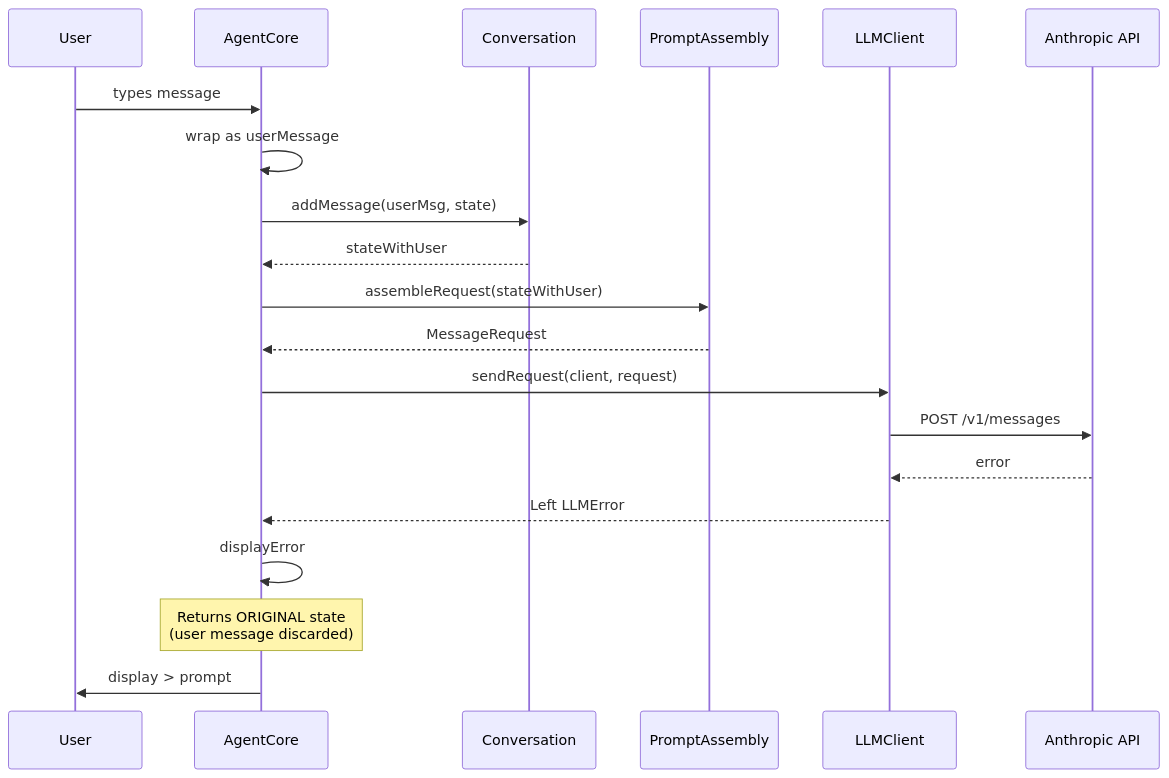
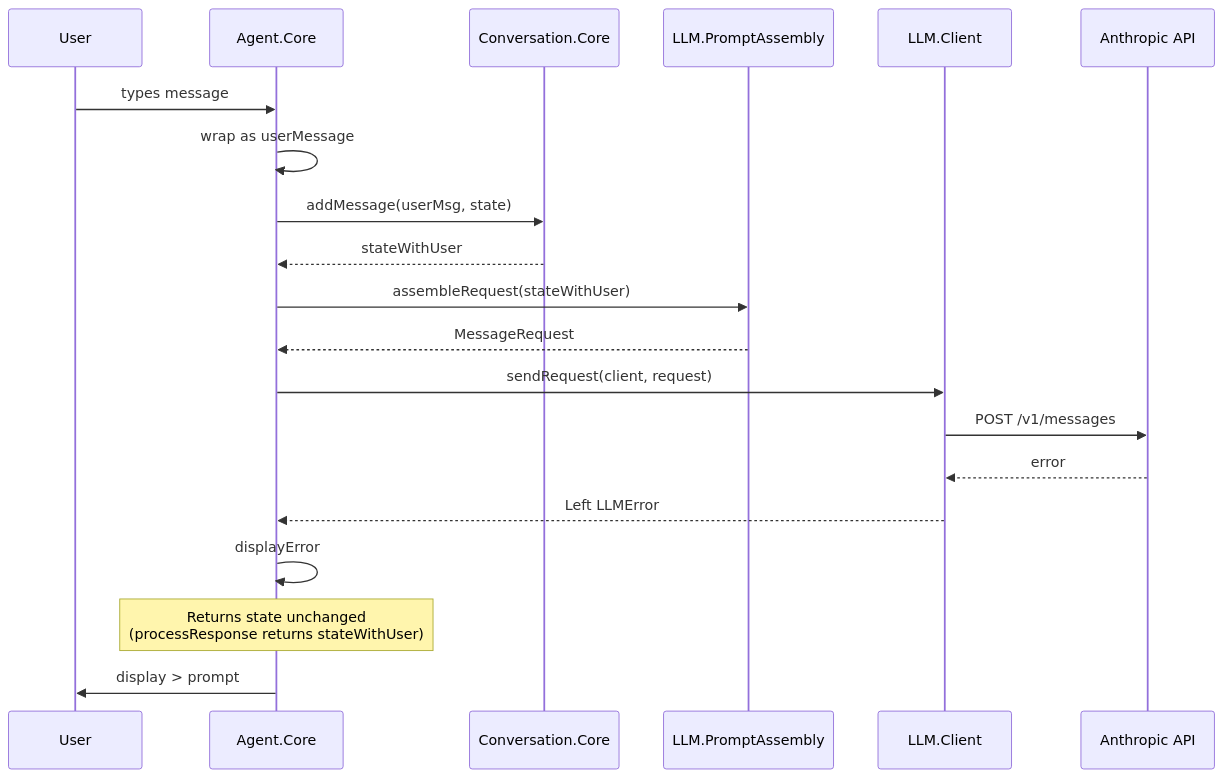
Before and after one commit to gxmas/lumen: the second of 2 diagrams in docs/diagrams/request-flow.md, drawn with Mermaid. The commit also changed other lines of this file and 98 other files, not shown here.

````diff
--- a/docs/diagrams/request-flow.md
+++ b/docs/diagrams/request-flow.md
@@ -45,26 +56,26 @@
 ```mermaid
 sequenceDiagram
     participant User
-    participant AC as AgentCore
-    participant Conv as Conversation
-    participant PA as PromptAssembly
-    participant LLC as LLMClient
+    participant AC as Agent.Core
+    participant Conv as Conversation.Core
+    participant PA as LLM.PromptAssembly
+    participant LLC as LLM.Client
     participant API as Anthropic API
 
     User->>AC: types message
     AC->>AC: wrap as userMessage
     AC->>Conv: addMessage(userMsg, state)
     Conv-->>AC: stateWithUser
 
     AC->>PA: assembleRequest(stateWithUser)
     PA-->>AC: MessageRequest
 
     AC->>LLC: sendRequest(client, request)
     LLC->>API: POST /v1/messages
     API-->>LLC: error
     LLC-->>AC: Left LLMError
 
     AC->>AC: displayError
-    Note over AC: Returns ORIGINAL state<br/>(user message discarded)
+    Note over AC: Returns state unchanged<br/>(processResponse returns stateWithUser)
     AC->>User: display > prompt
 ```
````
